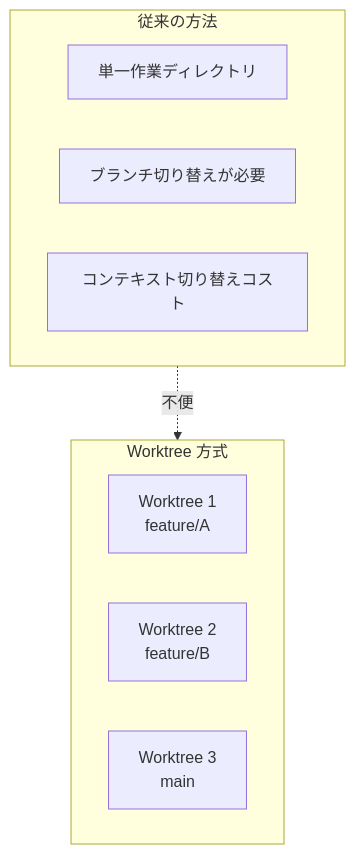
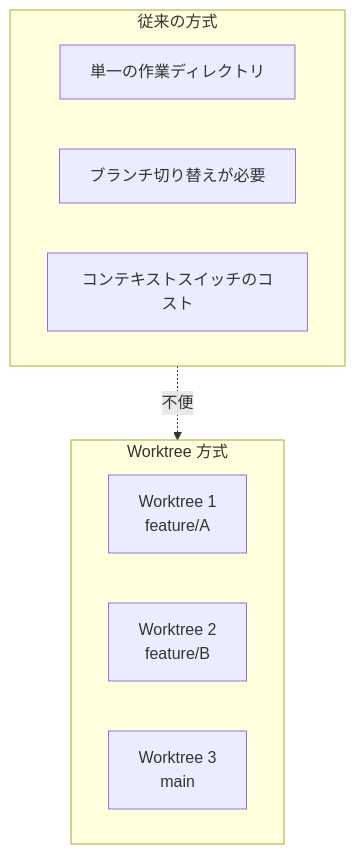
The first of 10 diagrams in docs-site/content/ja/worktree/guide.md (modu-ai/moai-adk), drawn with Mermaid before and after one commit. The commit also changed other lines of this file and 395 other files, not shown here.

````diff
--- a/docs-site/content/ja/worktree/guide.md
+++ b/docs-site/content/ja/worktree/guide.md
@@ -25,16 +28,16 @@
 ```mermaid
 graph TB
-    subgraph Traditional["従来の方法"]
-        T1[単一作業ディレクトリ]
+    subgraph Traditional["従来の方式"]
+        T1[単一の作業ディレクトリ]
         T2[ブランチ切り替えが必要]
-        T3[コンテキスト切り替えコスト]
+        T3[コンテキストスイッチのコスト]
     end
 
     subgraph Worktree["Worktree 方式"]
         W1[Worktree 1<br/>feature/A]
         W2[Worktree 2<br/>feature/B]
         W3[Worktree 3<br/>main]
     end
 
     Traditional -.->|不便| Worktree
 ```
````
